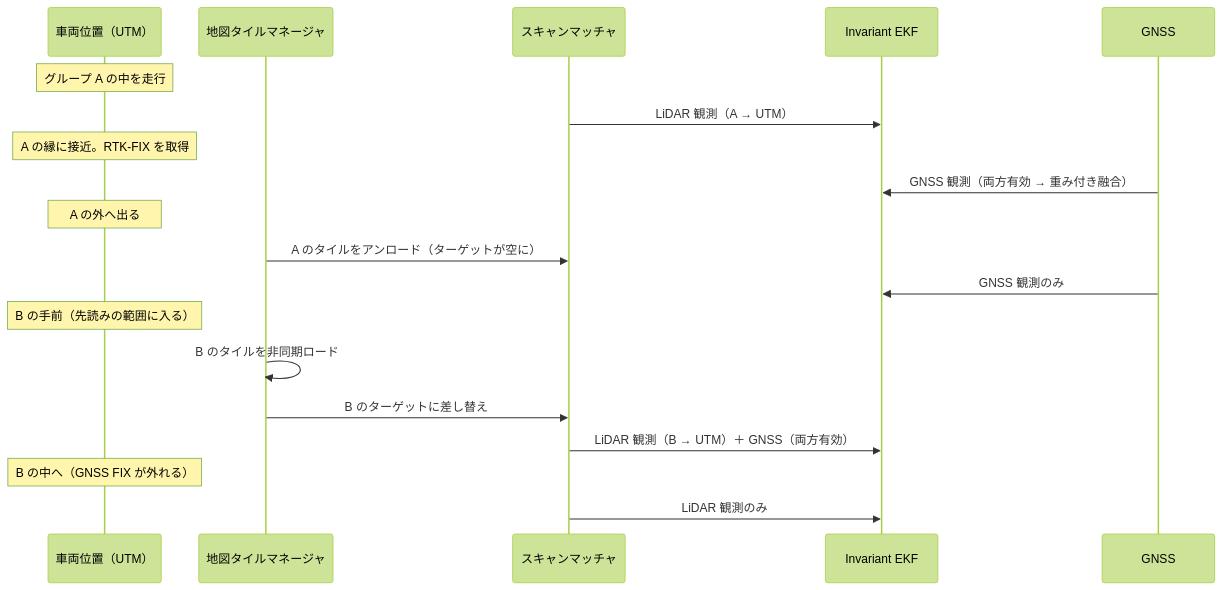
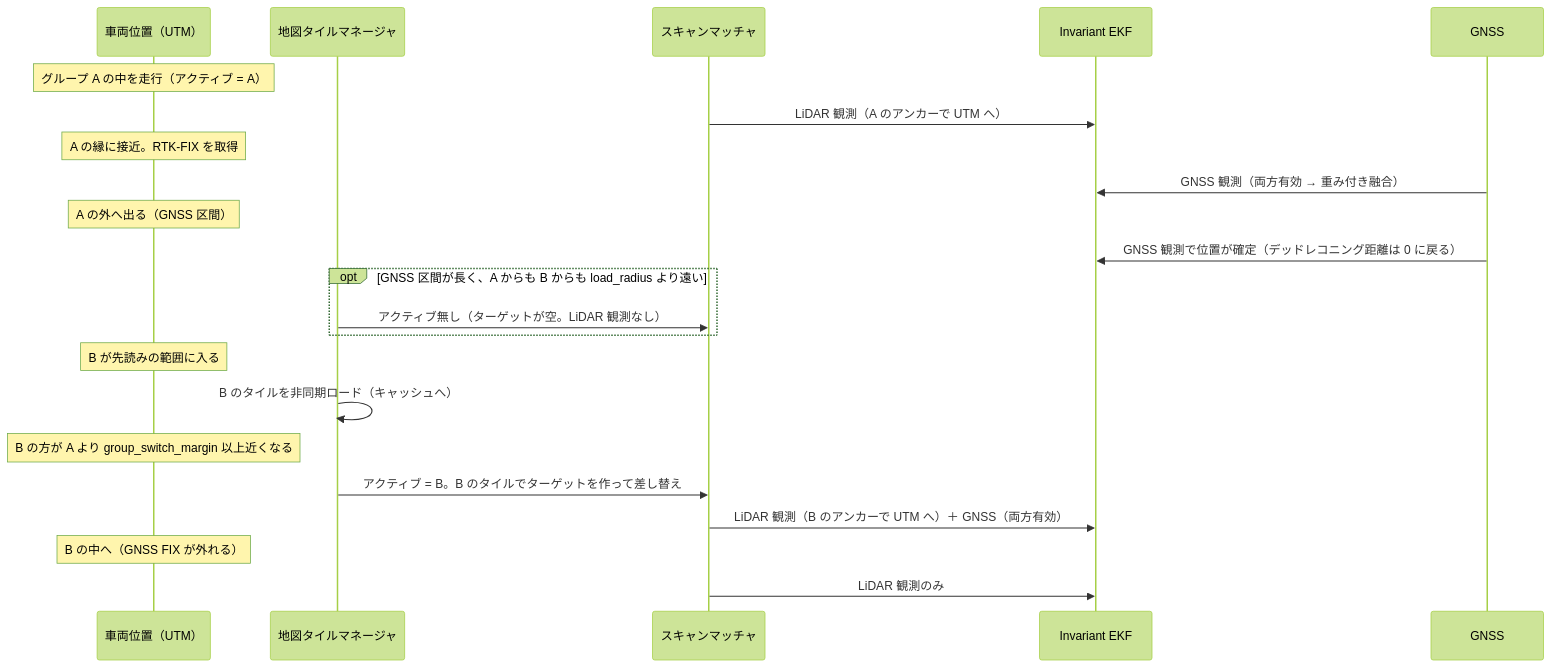
The third of 4 diagrams in docs/design.md (mamoru1126/gnss_and_lidar_localization), drawn with Mermaid (forest theme) before and after one commit. The commit also changed other lines of this file and 6 other files, not shown here.

First line of the commit message:
docs: 運用上の前提とデッドレコニング距離の監視を反映し、複数地図の扱いを見直し（設計書 v0.9）

````diff
--- a/docs/design.md
+++ b/docs/design.md
@@ -674,22 +724,25 @@
 ```mermaid
 sequenceDiagram
   participant V as 車両位置（UTM）
   participant MTM as 地図タイルマネージャ
   participant SM as スキャンマッチャ
   participant EKF as Invariant EKF
   participant G as GNSS
 
-  Note over V: グループ A の中を走行
-  SM->>EKF: LiDAR 観測（A → UTM）
+  Note over V: グループ A の中を走行（アクティブ = A）
+  SM->>EKF: LiDAR 観測（A のアンカーで UTM へ）
   Note over V: A の縁に接近。RTK-FIX を取得
   G->>EKF: GNSS 観測（両方有効 → 重み付き融合）
-  Note over V: A の外へ出る
-  MTM->>SM: A のタイルをアンロード（ターゲットが空に）
-  G->>EKF: GNSS 観測のみ
-  Note over V: B の手前（先読みの範囲に入る）
-  MTM->>MTM: B のタイルを非同期ロード
-  MTM->>SM: B のターゲットに差し替え
-  SM->>EKF: LiDAR 観測（B → UTM）＋ GNSS（両方有効）
+  Note over V: A の外へ出る（GNSS 区間）
+  G->>EKF: GNSS 観測で位置が確定（デッドレコニング距離は 0 に戻る）
+  opt GNSS 区間が長く、A からも B からも load_radius より遠い
+    MTM->>SM: アクティブ無し（ターゲットが空。LiDAR 観測なし）
+  end
+  Note over V: B が先読みの範囲に入る
+  MTM->>MTM: B のタイルを非同期ロード（キャッシュへ）
+  Note over V: B の方が A より group_switch_margin 以上近くなる
+  MTM->>SM: アクティブ = B。B のタイルでターゲットを作って差し替え
+  SM->>EKF: LiDAR 観測（B のアンカーで UTM へ）＋ GNSS（両方有効）
   Note over V: B の中へ（GNSS FIX が外れる）
   SM->>EKF: LiDAR 観測のみ
 ```
````
